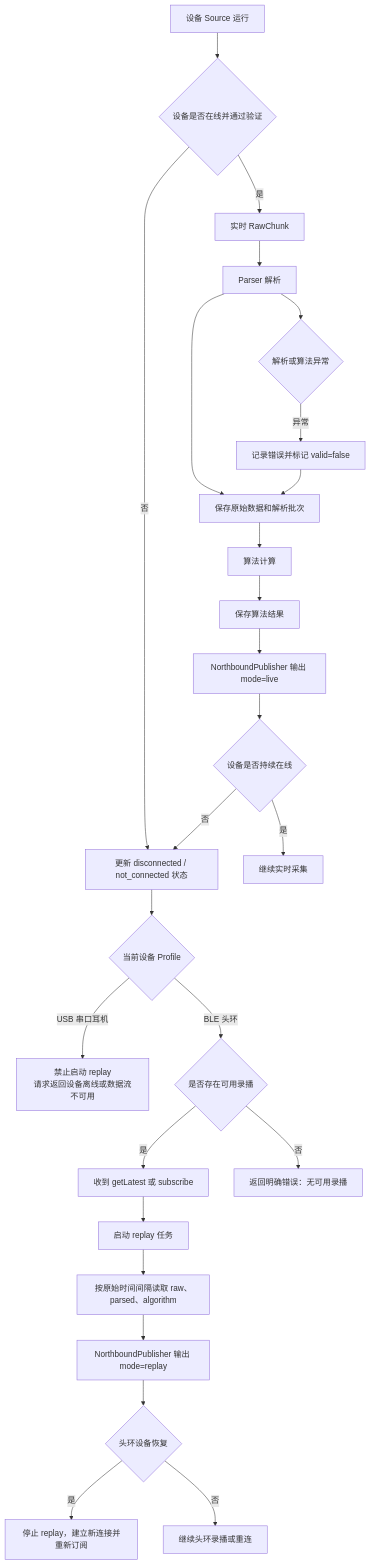
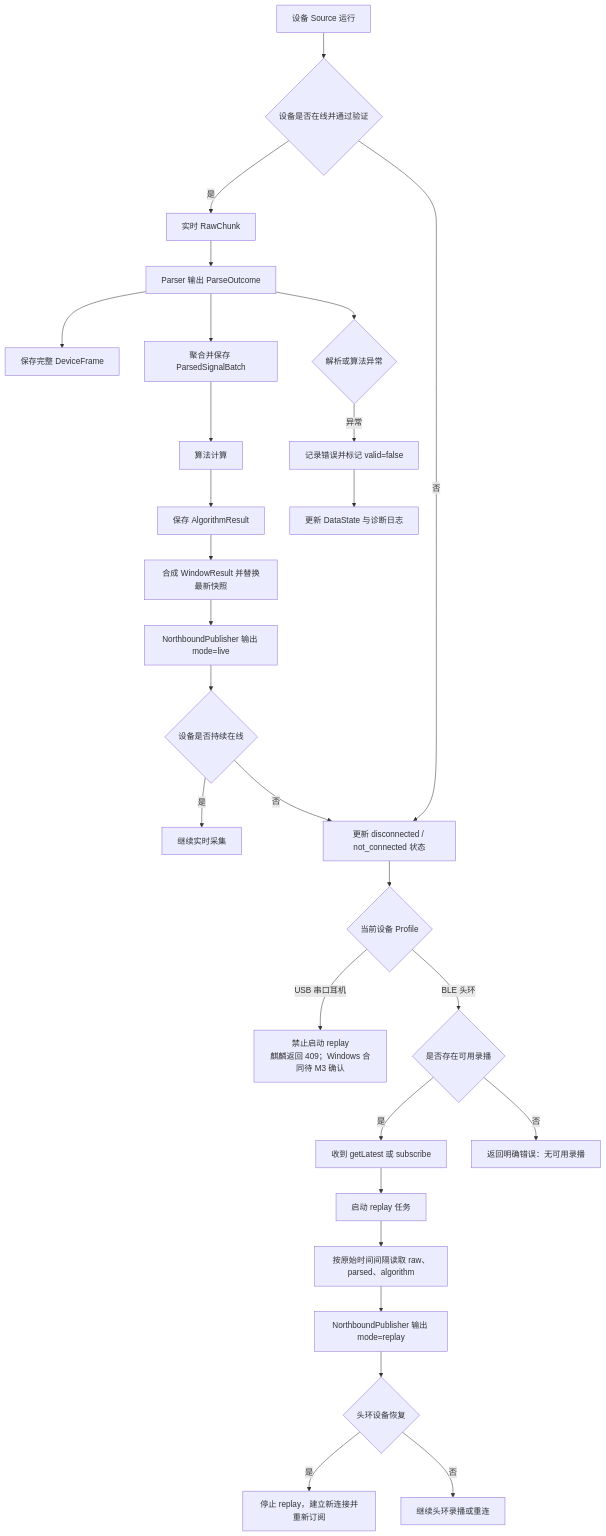
The third of 8 diagrams in doc/tech/NeuroBridge项目结构与多系统接入_PRD.md (Entertech/NeuroBridge), drawn with Mermaid before and after one commit. The commit also changed other lines of this file, not shown here.

````diff
--- a/doc/tech/NeuroBridge项目结构与多系统接入_PRD.md
+++ b/doc/tech/NeuroBridge项目结构与多系统接入_PRD.md
@@ -170,32 +201,34 @@
 ```mermaid
 flowchart TD
     A[设备 Source 运行] --> B{设备是否在线并通过验证}
     B -->|是| C[实时 RawChunk]
     B -->|否| D[更新 disconnected / not_connected 状态]
     D --> E{当前设备 Profile}
-    E -->|USB 串口耳机| J[禁止启动 replay<br/>请求返回设备离线或数据流不可用]
+    E -->|USB 串口耳机| J[禁止启动 replay<br/>麒麟返回 409；Windows 合同待 M3 确认]
     E -->|BLE 头环| E1{是否存在可用录播}
     E1 -->|是| F[收到 getLatest 或 subscribe]
     F --> G[启动 replay 任务]
     G --> H[按原始时间间隔读取 raw、parsed、algorithm]
     H --> I[NorthboundPublisher 输出 mode=replay]
     E1 -->|否| J1[返回明确错误：无可用录播]
 
-    C --> K[Parser 解析]
-    K --> L[保存原始数据和解析批次]
-    L --> M[算法计算]
-    M --> N[保存算法结果]
-    N --> O[NorthboundPublisher 输出 mode=live]
+    C --> K[Parser 输出 ParseOutcome]
+    K --> L1[保存完整 DeviceFrame]
+    K --> L2[聚合并保存 ParsedSignalBatch]
+    L2 --> M[算法计算]
+    M --> N[保存 AlgorithmResult]
+    N --> N1[合成 WindowResult 并替换最新快照]
+    N1 --> O[NorthboundPublisher 输出 mode=live]
 
     O --> P{设备是否持续在线}
     P -->|是| R[继续实时采集]
     P -->|否| D
 
     I --> Q{头环设备恢复}
     Q -->|是| Q1[停止 replay，建立新连接并重新订阅]
     Q -->|否| Q2[继续头环录播或重连]
 
     K --> S{解析或算法异常}
     S -->|异常| T[记录错误并标记 valid=false]
-    T --> L
+    T --> T1[更新 DataState 与诊断日志]
 ```
````
